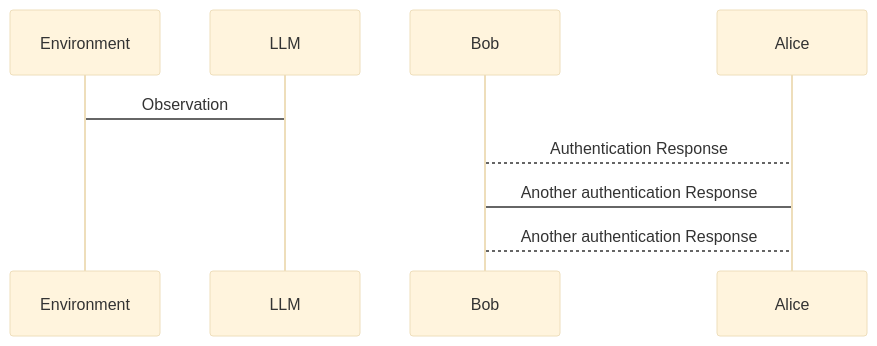
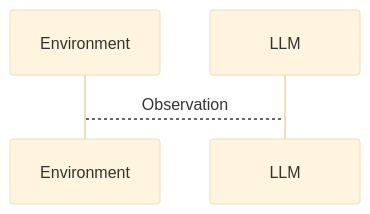
The diagram in README.md (akvachan/SR-LLM), drawn with Mermaid (base theme) before and after one commit.

````diff
--- a/README.md
+++ b/README.md
@@ -4,7 +4,5 @@
 ```mermaid
 sequenceDiagram
-Environment -> LLM: Observation
-Bob --> Alice: Authentication Response
-Alice -> Bob:Another authentication Response
-Bob --> Alice: Another authentication Response
+Environment --> LLM: Observation
+
 ```
````
